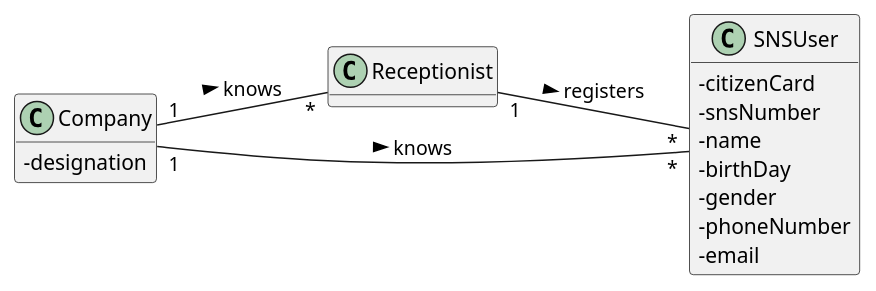
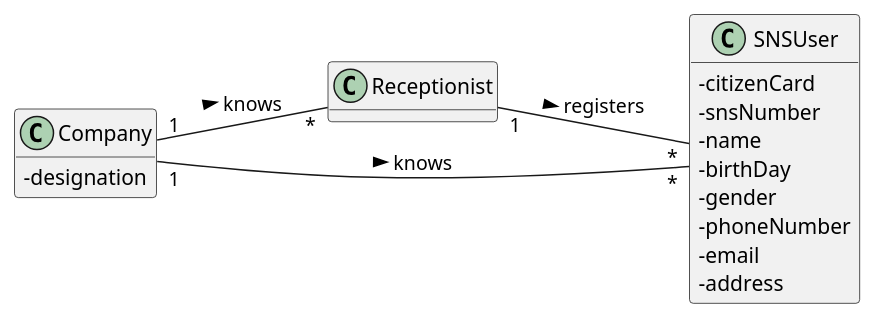
The diagram in docs/SprintB/US03/DM/US03_DM.puml (miseEnPlace-i/lapr2), drawn with PlantUML before and after one commit. The commit also changed 6 other files, not shown here.

```diff
--- a/docs/SprintB/US03/DM/US03_DM.puml
+++ b/docs/SprintB/US03/DM/US03_DM.puml
@@ -1,34 +1,35 @@
 @startuml Domain Model
 hide methods
 left to right direction
 skinparam classAttributeIconSize 0
 
 class Receptionist { }
 
 class SNSUser {
   - citizenCard
   - snsNumber
   - name
   - birthDay
   - gender
   - phoneNumber
   - email
+  - address
 }
 
 class Company {
   - designation
 }
 
 ' class User {
 '   - name
 '   - email
 '   - pwd
 '   - role
 ' }
 
 Receptionist "1" -- "*" SNSUser : registers >
 Company "1" -- "*" Receptionist : knows >
 Company "1" -- "*" SNSUser : knows >
 ' SNSUser "0..1" -- "1" User : becomes >
 
 @enduml
```
